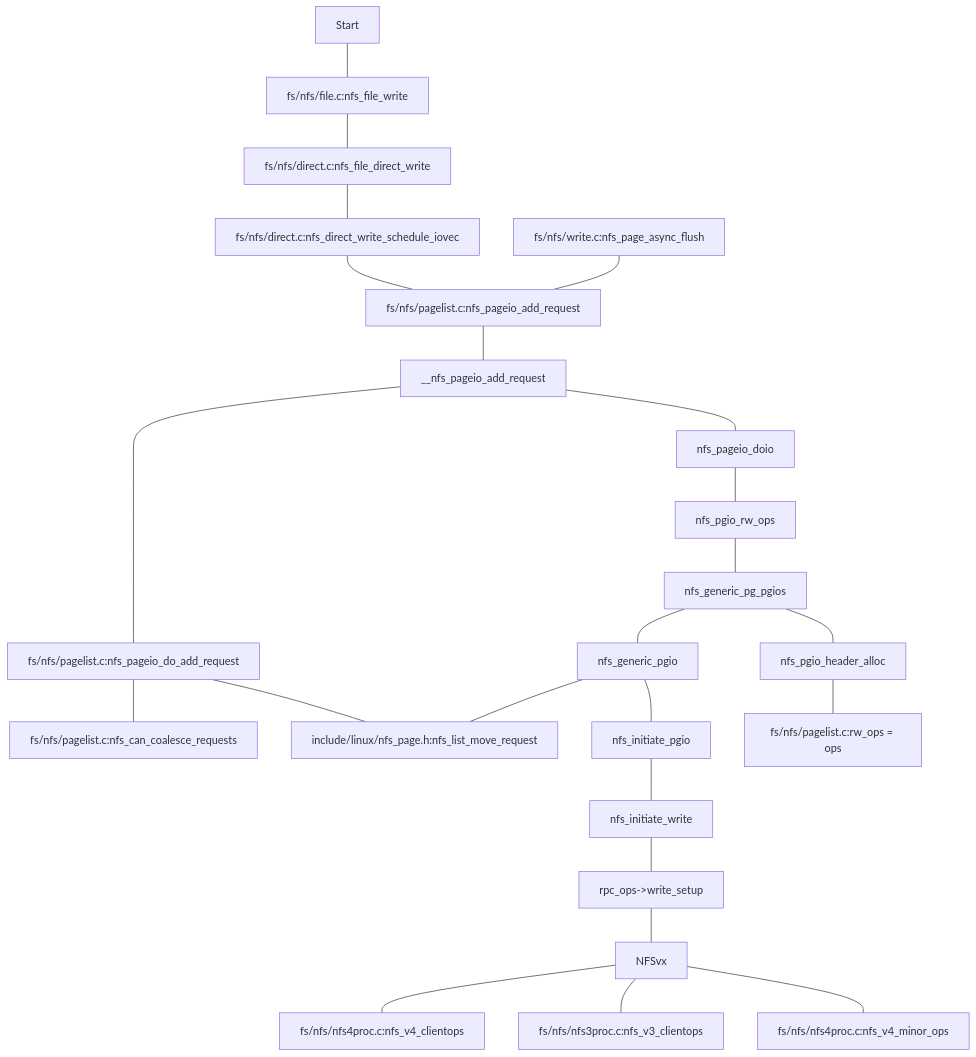
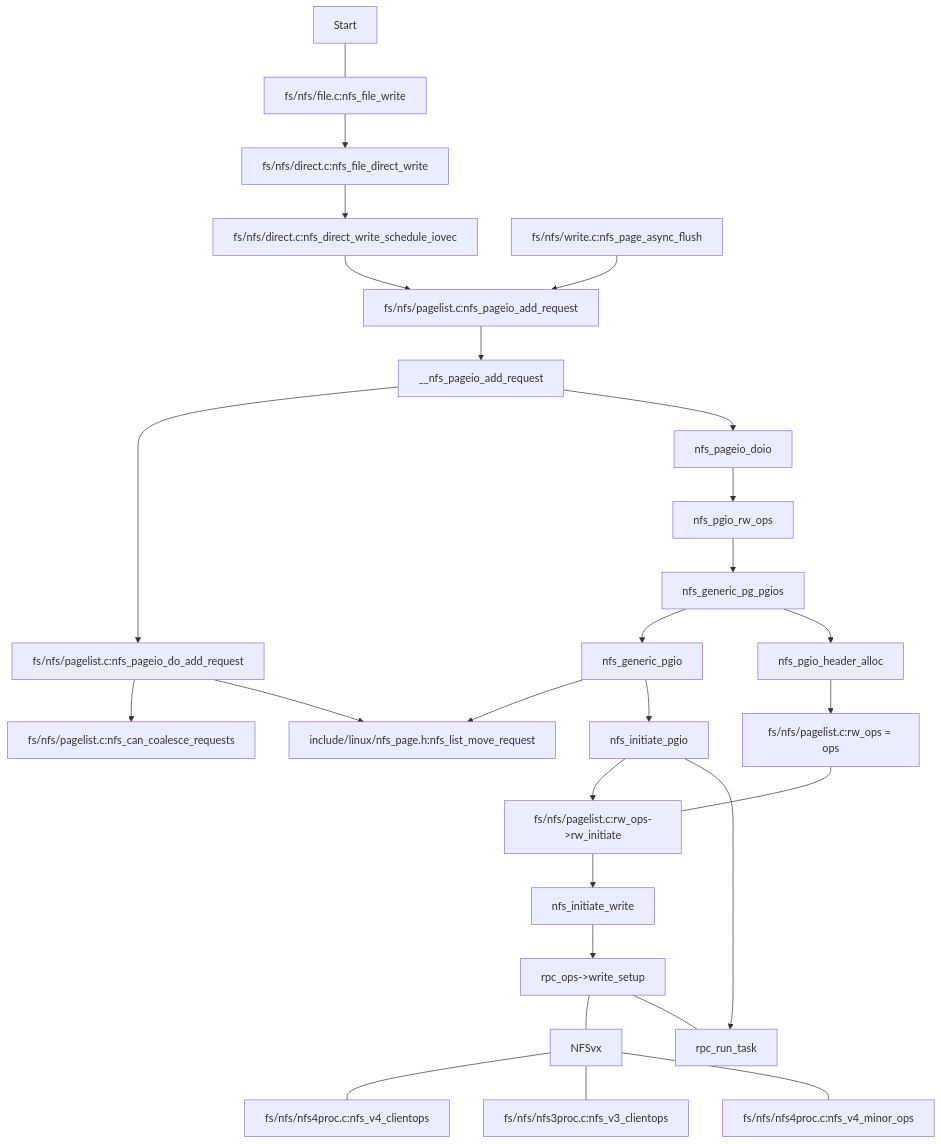
One commit to DeathPoem/little_cave_local_files changed the third of 6 diagrams in bin/SmallTopic/nfsCodePath.md. Above: the diagram before and after it, drawn with Mermaid. The commit also changed other lines of this file, not shown here.

````diff
--- a/bin/SmallTopic/nfsCodePath.md
+++ b/bin/SmallTopic/nfsCodePath.md
@@ -54,34 +67,40 @@
 ```mermaid
 graph TD
   %% Set edges to be curved (try monotoneX for a nice alternative)
   linkStyle default interpolate basis
   Start --- N1
-  N1[fs/nfs/file.c:nfs_file_write] --- N2[fs/nfs/direct.c:nfs_file_direct_write]
-  N2 --- N3[fs/nfs/direct.c:nfs_direct_write_schedule_iovec]
+  N1[fs/nfs/file.c:nfs_file_write] --> N2[fs/nfs/direct.c:nfs_file_direct_write]
+  N2 --> N3[fs/nfs/direct.c:nfs_direct_write_schedule_iovec]
   N4[fs/nfs/write.c:nfs_page_async_flush]
-  N4 --- N5[fs/nfs/pagelist.c:nfs_pageio_add_request]
-  N3 --- N5
-  N12 --- N6[fs/nfs/pagelist.c:nfs_pageio_do_add_request]
-  N6 --- N7[fs/nfs/pagelist.c:nfs_can_coalesce_requests]
+  N4 --> N5[fs/nfs/pagelist.c:nfs_pageio_add_request]
+  N3 --> N5
+  N12 --> N6[fs/nfs/pagelist.c:nfs_pageio_do_add_request]
+  N6 --> N7[fs/nfs/pagelist.c:nfs_can_coalesce_requests]
   N8[nfs_pgio_rw_ops]
   N9[nfs_generic_pg_pgios]
   N10[nfs_generic_pgio]
   N11[nfs_pageio_doio]
-  N5 --- N12[__nfs_pageio_add_request] 
-  N12 --- N11
-  N11 --- N8
-  N8 --- N9
-  N9 --- N10
-  N10 --- N13[include/linux/nfs_page.h:nfs_list_move_request]
-  N6 --- N13
-  N10 --- N15[nfs_initiate_pgio]
-  N9 --- N16[nfs_pgio_header_alloc]
-  N16 --- N17[fs/nfs/pagelist.c:rw_ops = ops]
-  N15 --- N18[nfs_initiate_write]
+  N5 --> N12[__nfs_pageio_add_request] 
+  N12 --> N11
+  N11 --> N8
+  N8 --> N9
+  N9 --> N10
+  N10 --> N13[include/linux/nfs_page.h:nfs_list_move_request]
+  N6 --> N13
+  N10 --> N15[nfs_initiate_pgio]
+  N9 --> N16[nfs_pgio_header_alloc]
+  N16 --> N17[fs/nfs/pagelist.c:rw_ops = ops]
+  N17 --- N24
+  N24 --> N18
+  N18[nfs_initiate_write]
   N22[NFSvx] --- N19[fs/nfs/nfs4proc.c:nfs_v4_clientops]
   N20[rpc_ops->write_setup]
-  N18 --- N20
+  N18 --> N20
   N22 --- N21[fs/nfs/nfs3proc.c:nfs_v3_clientops]
   N20 --- N22
   N22 --- N23[fs/nfs/nfs4proc.c:nfs_v4_minor_ops]
+  N24[fs/nfs/pagelist.c:rw_ops->rw_initiate]
+  N15 --> N24
+  N15 --> N25[rpc_run_task]
+  N20 --- N25
 ```
````
